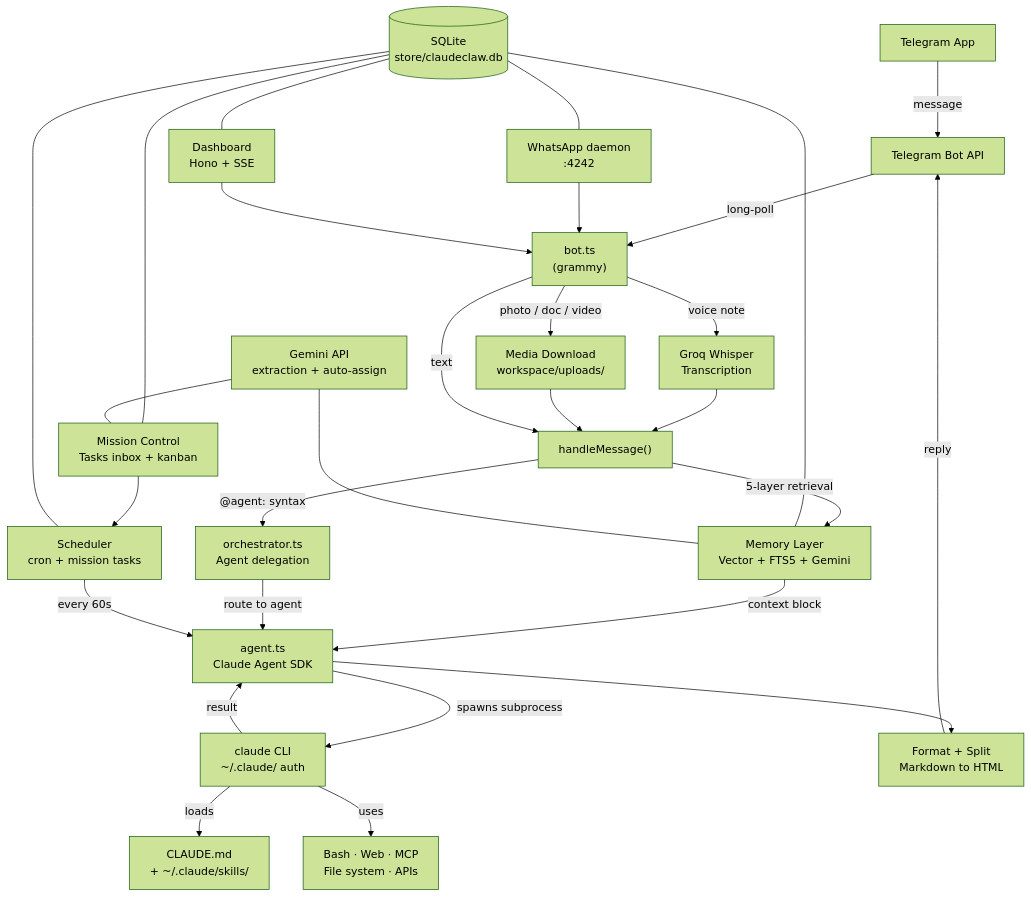
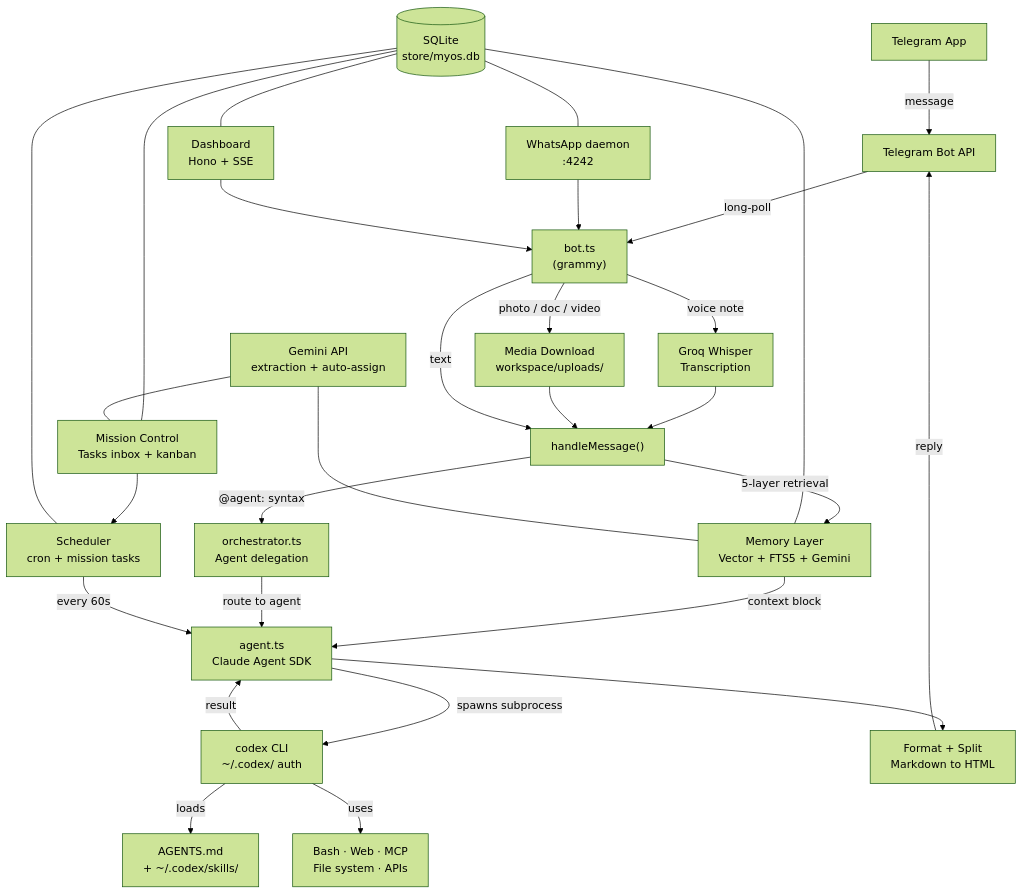
The diagram in starter-runtime/README.md (ruanmarkram-hash/MyOS), drawn with Mermaid (forest theme) before and after one commit. The commit also changed other lines of this file and 181 other files, not shown here.

````diff
--- a/starter-runtime/README.md
+++ b/starter-runtime/README.md
@@ -1525,39 +1525,39 @@
 ```mermaid
 flowchart TD
     Phone["Telegram App"] -->|message| TGAPI["Telegram Bot API"]
     TGAPI -->|long-poll| Bot["bot.ts\n(grammy)"]
 
     Bot -->|voice note| STT["Groq Whisper\nTranscription"]
     Bot -->|photo / doc / video| DL["Media Download\nworkspace/uploads/"]
     STT --> Handler
     DL --> Handler
     Bot -->|text| Handler["handleMessage()"]
 
     Handler -->|"5-layer retrieval"| Mem["Memory Layer\nVector + FTS5 + Gemini"]
     Mem -->|context block| Agent
 
     Handler -->|"@agent: syntax"| Orch["orchestrator.ts\nAgent delegation"]
     Orch -->|route to agent| Agent
 
-    Agent["agent.ts\nClaude Agent SDK"] -->|spawns subprocess| CC["claude CLI\n~/.claude/ auth"]
-    CC -->|loads| Config["CLAUDE.md\n+ ~/.claude/skills/"]
+    Agent["agent.ts\nClaude Agent SDK"] -->|spawns subprocess| CC["codex CLI\n~/.codex/ auth"]
+    CC -->|loads| Config["AGENTS.md\n+ ~/.codex/skills/"]
     CC -->|uses| Tools["Bash · Web · MCP\nFile system · APIs"]
     CC -->|result| Agent
 
     Agent --> Format["Format + Split\nMarkdown to HTML"]
     Format -->|reply| TGAPI
 
     Sched["Scheduler\ncron + mission tasks"] -->|every 60s| Agent
     WA["WhatsApp daemon\n:4242"] --> Bot
     Dashboard["Dashboard\nHono + SSE"] --> Bot
     Mission["Mission Control\nTasks inbox + kanban"] --> Sched
 
-    DB[("SQLite\nstore/claudeclaw.db")] --- Mem
+    DB[("SQLite\nstore/myos.db")] --- Mem
     DB --- Sched
     DB --- WA
     DB --- Dashboard
     DB --- Mission
 
     Gemini["Gemini API\nextraction + auto-assign"] --- Mem
     Gemini --- Mission
 ```
````
